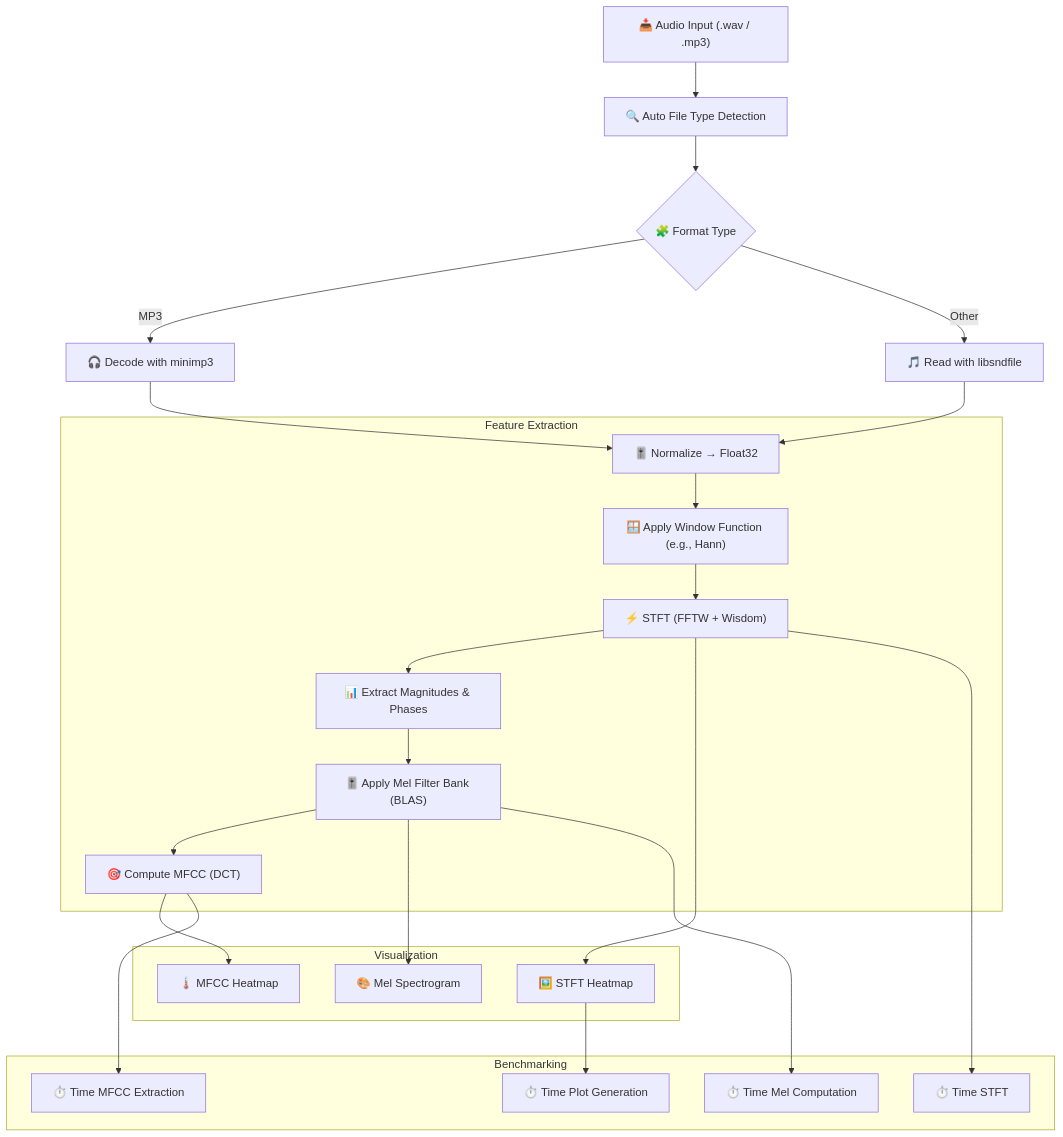
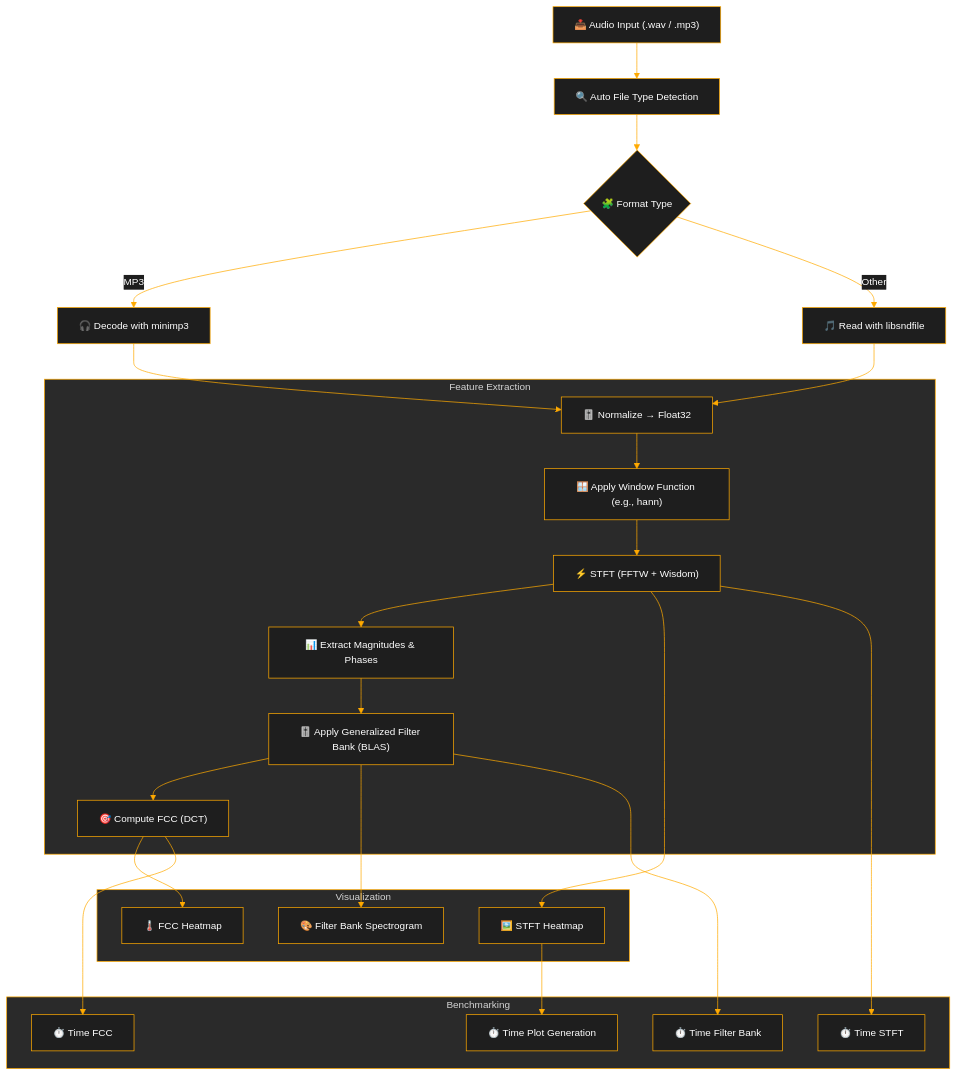
One commit to 8g6-new/c_spectrogram changed the diagram in README.md. Above: the diagram before and after it, drawn with Mermaid. The commit also changed other lines of this file, not shown here.

````diff
--- a/README.md
+++ b/README.md
@@ -48,50 +46,44 @@
 ```mermaid
 %%{init: {
   "theme": "base",
   "themeVariables": {
-    "primaryColor": "#1e1e1e",          %% Node background (very dark)
-    "primaryTextColor": "#ffffff",      %% Text color (white)
-    "primaryBorderColor": "#ffaa00",    %% Orange border for visibility
-    "clusterBkg": "#2a2a2a",            %% Subgraph background (dark gray)
-    "clusterBorder": "#ffaa00",         %% Subgraph border color
-    "lineColor": "#ffaa00",             %% Arrow color
+    "primaryColor": "#1e1e1e",
+    "primaryTextColor": "#ffffff",
+    "primaryBorderColor": "#ffaa00",
+    "clusterBkg": "#2a2a2a",
+    "clusterBorder": "#ffaa00",
+    "lineColor": "#ffaa00",
     "fontSize": "14px",
     "fontFamily": "monospace"
   }
 }}%%
 
 flowchart TD
-
-    %% Input and Decoding
     A["📥 Audio Input (.wav / .mp3)"] --> B["🔍 Auto File Type Detection"]
     B --> C{"🧩 Format Type"}
     C -->|MP3| D["🎧 Decode with minimp3"]
     C -->|Other| E["🎵 Read with libsndfile"]
     D --> F["🎚️ Normalize → Float32"]
     E --> F
 
-    %% Feature Extraction
     subgraph Feature Extraction
-        F --> G["🪟 Apply Window Function (e.g., Hann)"]
+        F --> G["🪟 Apply Window Function (e.g., hann)"]
         G --> H["⚡ STFT (FFTW + Wisdom)"]
         H --> I["📊 Extract Magnitudes & Phases"]
-        I --> J["🎚️ Apply Mel Filter Bank (BLAS)"]
-        J --> K["🎯 Compute MFCC (DCT)"]
+        I --> J["🎚️ Apply Generalized Filter Bank (BLAS)"]
+        J --> K["🎯 Compute FCC (DCT)"]
     end
 
-    %% Visualization
     subgraph Visualization
         H --> V1["🖼️ STFT Heatmap"]
-        J --> V2["🎨 Mel Spectrogram"]
-        K --> V3["🌡️ MFCC Heatmap"]
+        J --> V2["🎨 Filter Bank Spectrogram"]
+        K --> V3["🌡️ FCC Heatmap"]
     end
 
-    %% Benchmarking
     subgraph Benchmarking
         H --> B1["⏱️ Time STFT"]
-        J --> B2["⏱️ Time Mel Computation"]
-        K --> B3["⏱️ Time MFCC Extraction"]
+        J --> B2["⏱️ Time Filter Bank"]
+        K --> B3["⏱️ Time FCC"]
         V1 --> B4["⏱️ Time Plot Generation"]
     end
-
 ```
````
